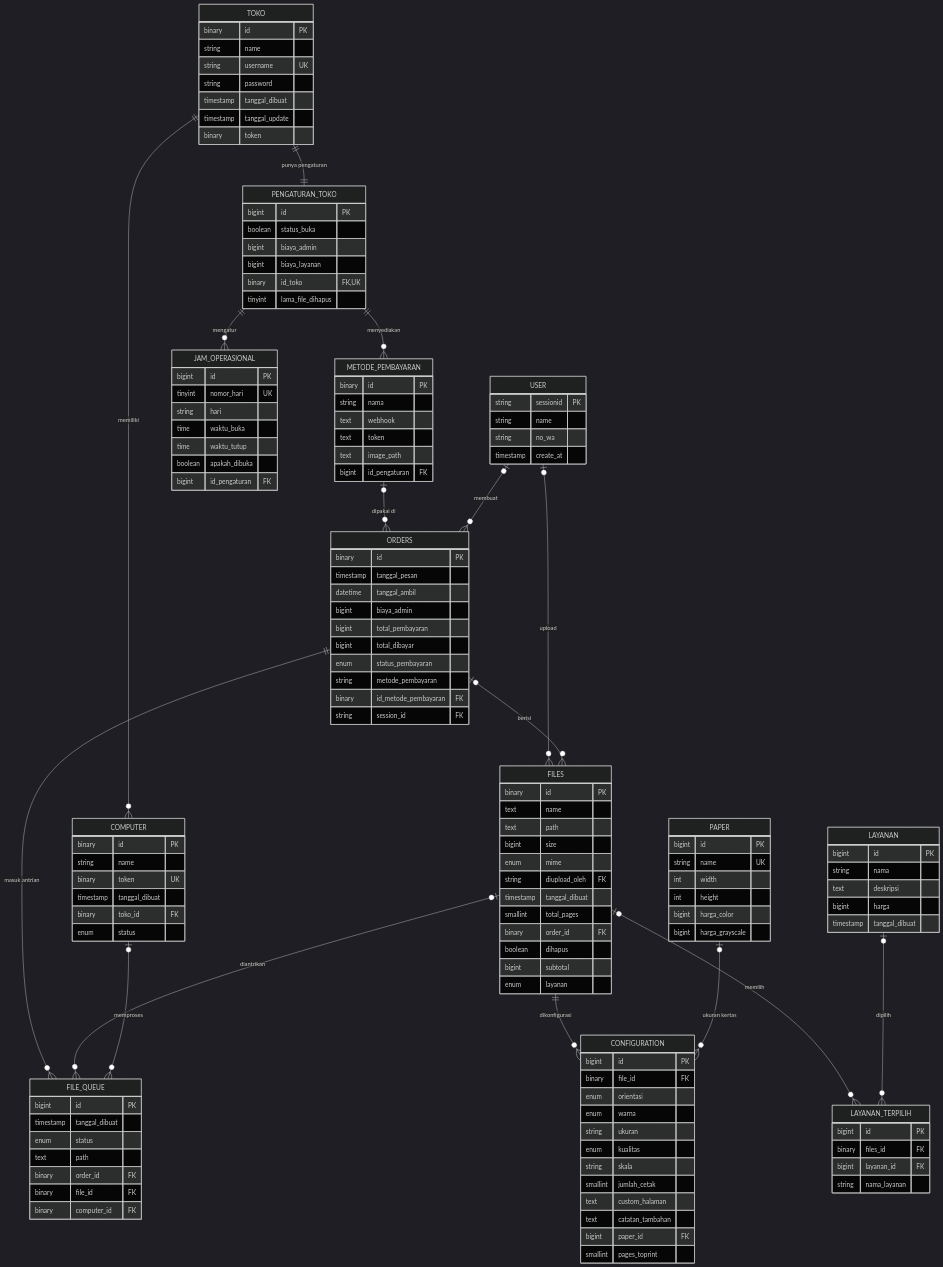
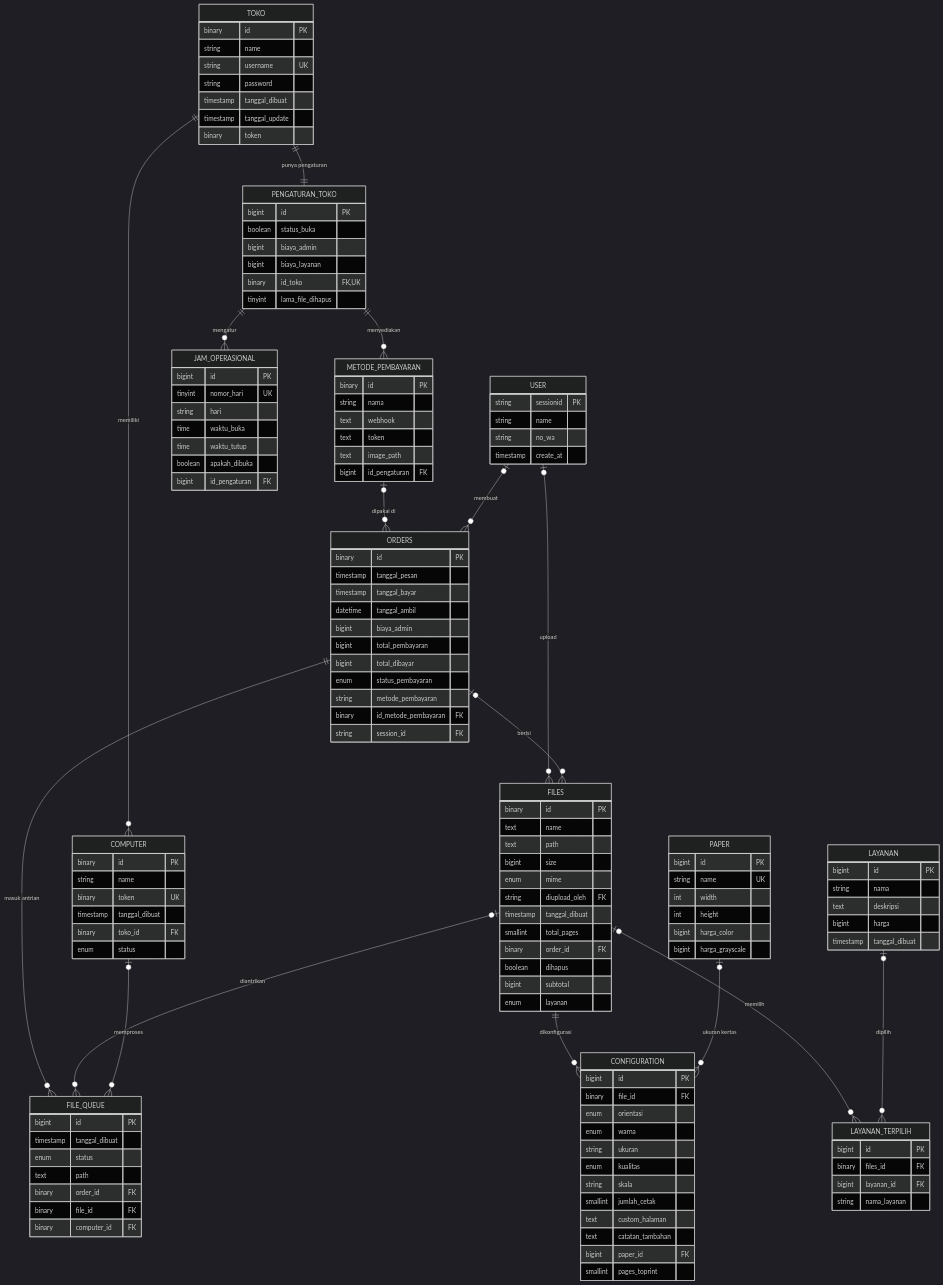
The diagram in printer-webaap/databasescheme.md (vallen-ctrl/auto-print-usingPHP), drawn with Mermaid (dark theme) before and after one commit. The commit also changed 9 other files, not shown here.

```diff
--- a/printer-webaap/databasescheme.md
+++ b/printer-webaap/databasescheme.md
@@ -76,6 +76,7 @@
     ORDERS {
         binary id PK
         timestamp tanggal_pesan
+        timestamp tanggal_bayar
         datetime tanggal_ambil
         bigint biaya_admin
         bigint total_pembayaran
```
